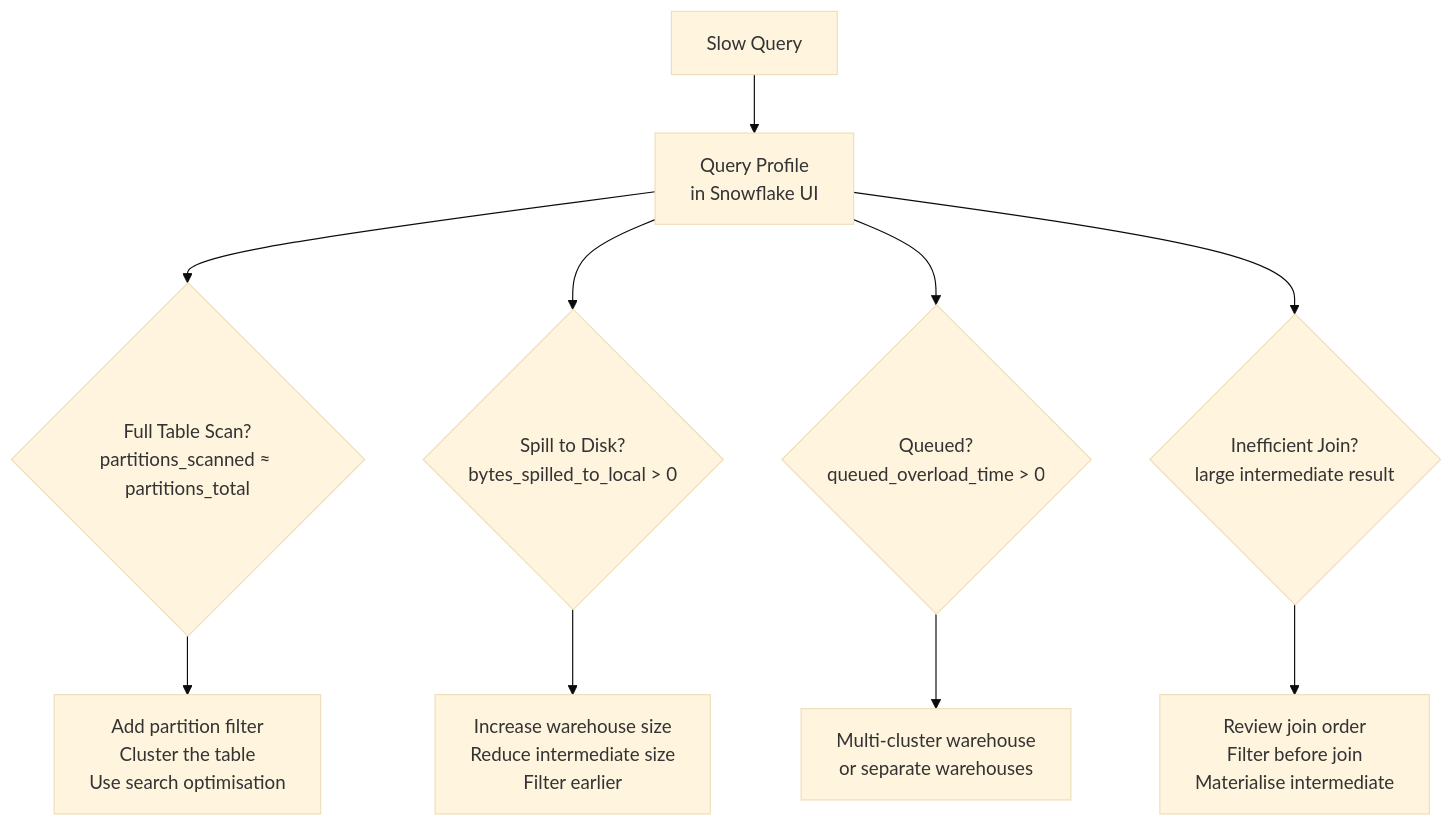
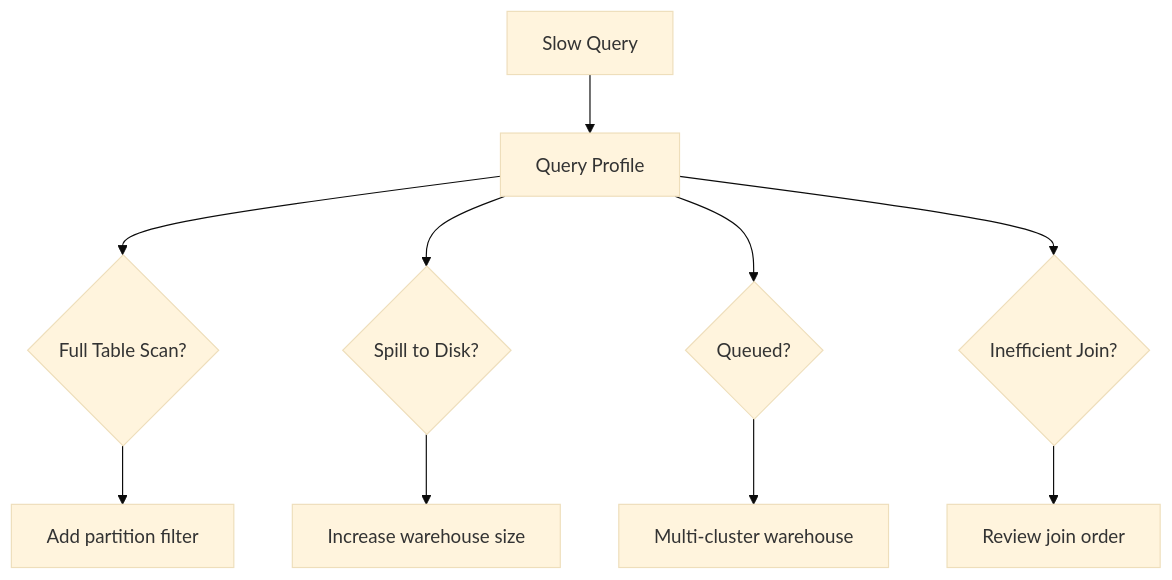
The diagram in 06-snowflake/07-snowflake-performance-tuning.md (gcmishra7/data-engineering-helper), drawn with Mermaid (base theme) before and after one commit. The commit also changed other lines of this file and 57 other files, not shown here.

First line of the commit message:
Shorten mermaid node labels to fix text truncation on GitHub

````diff
--- a/06-snowflake/07-snowflake-performance-tuning.md
+++ b/06-snowflake/07-snowflake-performance-tuning.md
@@ -8,13 +8,13 @@
 ```mermaid
 graph TD
-    SLOW[Slow Query] --> QP[Query Profile<br/>in Snowflake UI]
-    QP --> SCAN{Full Table Scan?<br/>partitions_scanned ≈ partitions_total}
-    QP --> SPILL{Spill to Disk?<br/>bytes_spilled_to_local > 0}
-    QP --> QUEUE{Queued?<br/>queued_overload_time > 0}
-    QP --> JOIN{Inefficient Join?<br/>large intermediate result}
+    SLOW[Slow Query] --> QP[Query Profile]
+    QP --> SCAN{Full Table Scan?}
+    QP --> SPILL{Spill to Disk?}
+    QP --> QUEUE{Queued?}
+    QP --> JOIN{Inefficient Join?}
 
-    SCAN --> F1[Add partition filter<br/>Cluster the table<br/>Use search optimisation]
-    SPILL --> F2[Increase warehouse size<br/>Reduce intermediate size<br/>Filter earlier]
-    QUEUE --> F3[Multi-cluster warehouse<br/>or separate warehouses]
-    JOIN --> F4[Review join order<br/>Filter before join<br/>Materialise intermediate]
+    SCAN --> F1[Add partition filter]
+    SPILL --> F2[Increase warehouse size]
+    QUEUE --> F3[Multi-cluster warehouse]
+    JOIN --> F4[Review join order]
 ```
````
